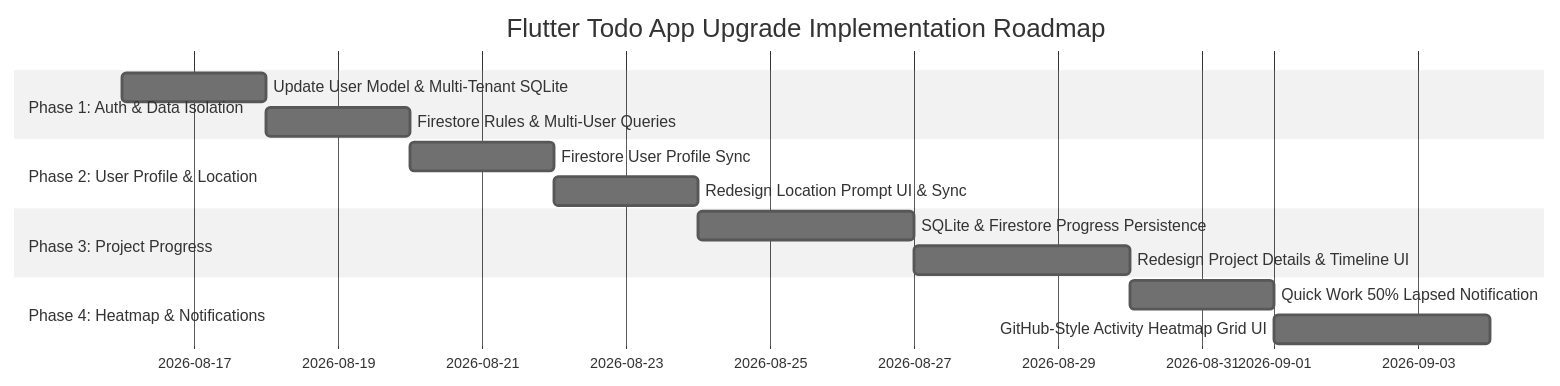
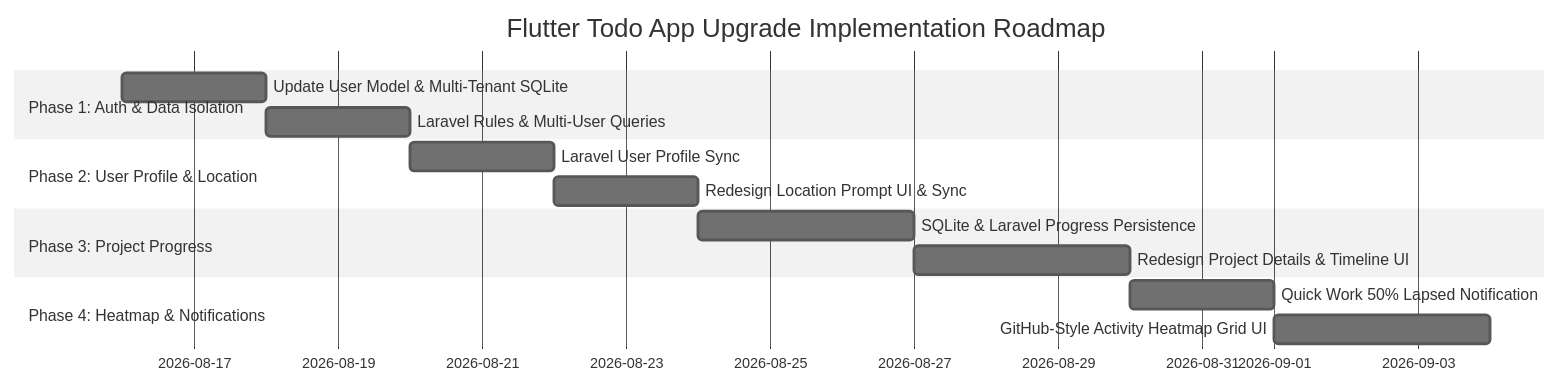
One commit to ArindamBhatta/Context-Aware-Todo changed the diagram in frontend/doc/specification.md. Above: the diagram before and after it, drawn with Mermaid (neutral theme). The commit also changed other lines of this file and 18 other files, not shown here.

````diff
--- a/frontend/doc/specification.md
+++ b/frontend/doc/specification.md
@@ -318,17 +296,17 @@
 ```mermaid
 gantt
     title Flutter Todo App Upgrade Implementation Roadmap
     dateFormat  YYYY-MM-DD
     section Phase 1: Auth & Data Isolation
     Update User Model & Multi-Tenant SQLite :a1, 2026-08-16, 2d
-    Firestore Rules & Multi-User Queries    :a2, after a1, 2d
+    Laravel Rules & Multi-User Queries    :a2, after a1, 2d
     section Phase 2: User Profile & Location
-    Firestore User Profile Sync             :b1, 2026-08-20, 2d
+    Laravel User Profile Sync             :b1, 2026-08-20, 2d
     Redesign Location Prompt UI & Sync      :b2, after b1, 2d
     section Phase 3: Project Progress
-    SQLite & Firestore Progress Persistence :c1, 2026-08-24, 3d
+    SQLite & Laravel Progress Persistence :c1, 2026-08-24, 3d
     Redesign Project Details & Timeline UI  :c2, after c1, 3d
     section Phase 4: Heatmap & Notifications
     Quick Work 50% Lapsed Notification      :d1, 2026-08-30, 2d
     GitHub-Style Activity Heatmap Grid UI   :d2, after d1, 3d
 ```
````
